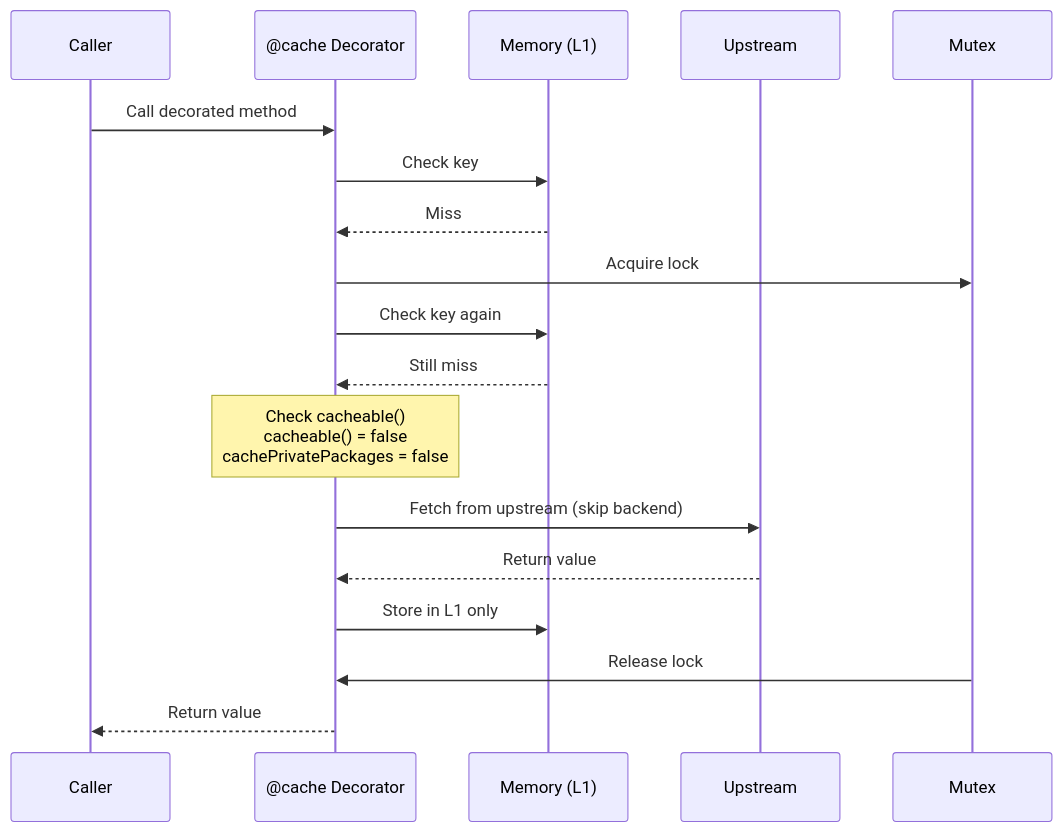
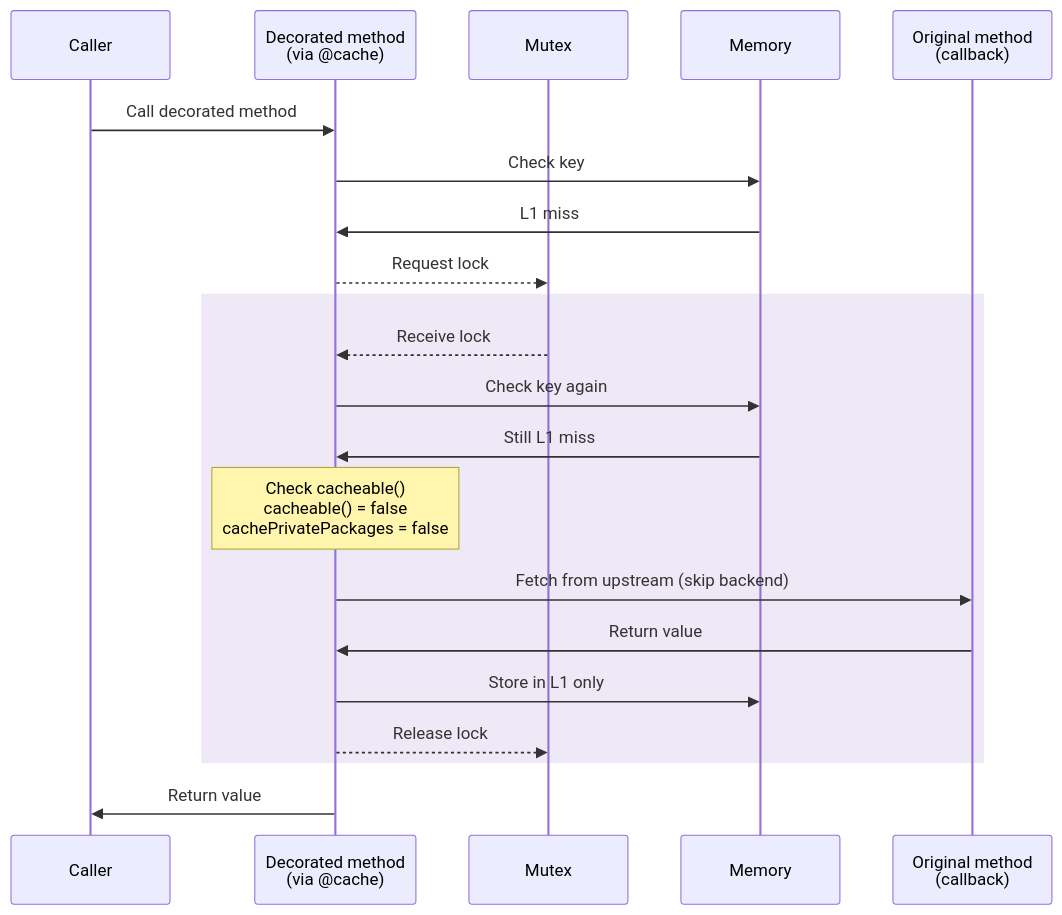
The fifth of 9 diagrams in lib/util/cache/package/readme.md (renovatebot/renovate), drawn with Mermaid before and after one commit. The commit also changed other lines of this file, not shown here.

````diff
--- a/lib/util/cache/package/readme.md
+++ b/lib/util/cache/package/readme.md
@@ -139,25 +145,28 @@
 ```mermaid
 sequenceDiagram
     participant C as Caller
-    participant D as @cache Decorator
-    participant M as Memory (L1)
-    participant U as Upstream
+    participant D as Decorated method <br/>(via @cache)
     participant X as Mutex
+    participant L1 as Memory
+    participant U as Original method <br/>(callback)
 
     C->>D: Call decorated method
-    D->>M: Check key
-    M-->>D: Miss
+    D->>L1: Check key
+    L1->>D: L1 miss
 
-    D->>X: Acquire lock
-    D->>M: Check key again
-    M-->>D: Still miss
+    D-->>X: Request lock
+    rect rgba(150, 100, 200, 0.15)
+        X-->>D: Receive lock
+        D->>L1: Check key again
+        L1->>D: Still L1 miss
 
-    Note over D: Check cacheable()<br/>cacheable() = false<br/>cachePrivatePackages = false
+        Note over D: Check cacheable()<br/>cacheable() = false<br/>cachePrivatePackages = false
 
-    D->>U: Fetch from upstream (skip backend)
-    U-->>D: Return value
+        D->>U: Fetch from upstream (skip backend)
+        U->>D: Return value
 
-    D->>M: Store in L1 only
-    X->>D: Release lock
-    D-->>C: Return value
+        D->>L1: Store in L1 only
+        D-->>X: Release lock
+    end
+    D->>C: Return value
 ```
````
